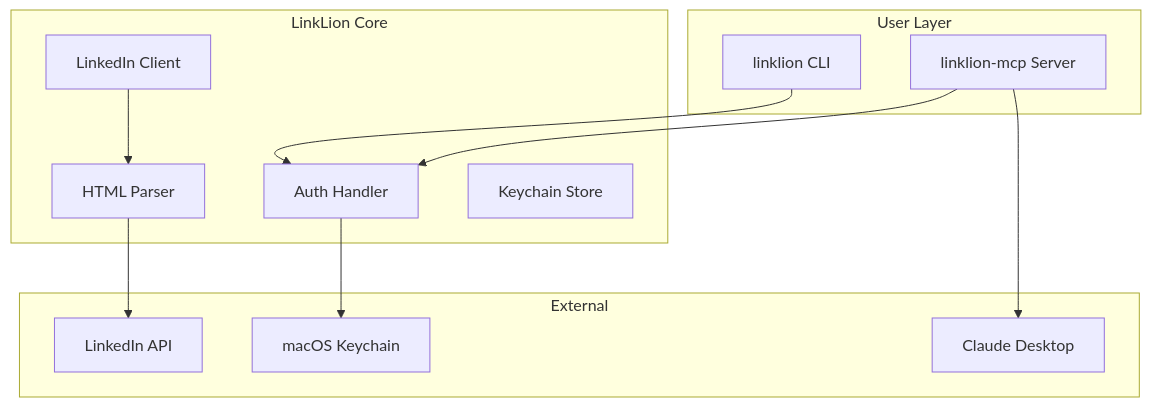
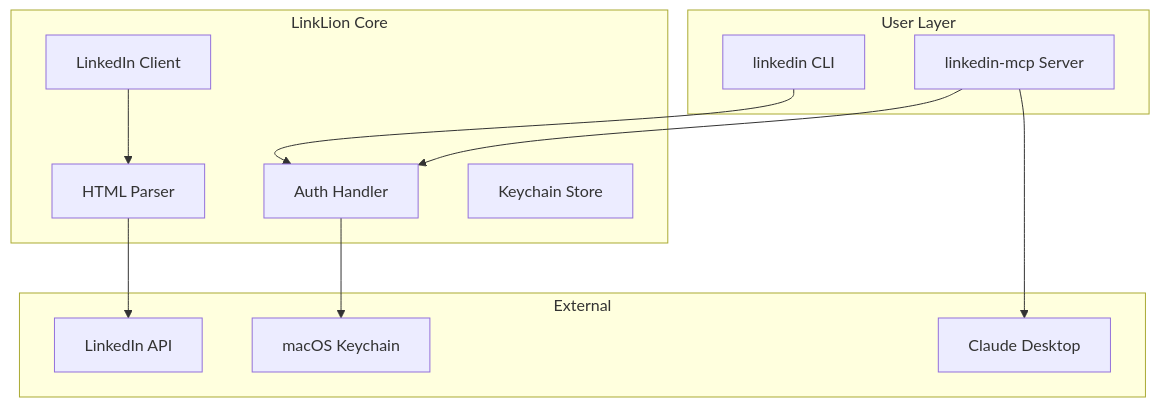
One commit to RyanLisse/LinkLion changed the diagram in README.md. Above: the diagram before and after it, drawn with Mermaid. The commit also changed other lines of this file and 6 other files, not shown here.

````diff
--- a/README.md
+++ b/README.md
@@ -95,27 +108,27 @@
 ```mermaid
 graph TB
     subgraph User Layer
-        CLI[linklion CLI]
-        MCP[linklion-mcp Server]
+        CLI[linkedin CLI]
+        MCP[linkedin-mcp Server]
     end
     
     subgraph LinkLion Core
         Auth[Auth Handler]
         Client[LinkedIn Client]
         Parser[HTML Parser]
         Cache[Keychain Store]
     end
     
     subgraph External
         LinkedIn[LinkedIn API]
         Keychain[macOS Keychain]
         Claude[Claude Desktop]
     end
     
     CLI --> Auth
     MCP --> Auth
     Auth --> Keychain
     Client --> Parser
     Parser --> LinkedIn
     MCP --> Claude
 ```
````
